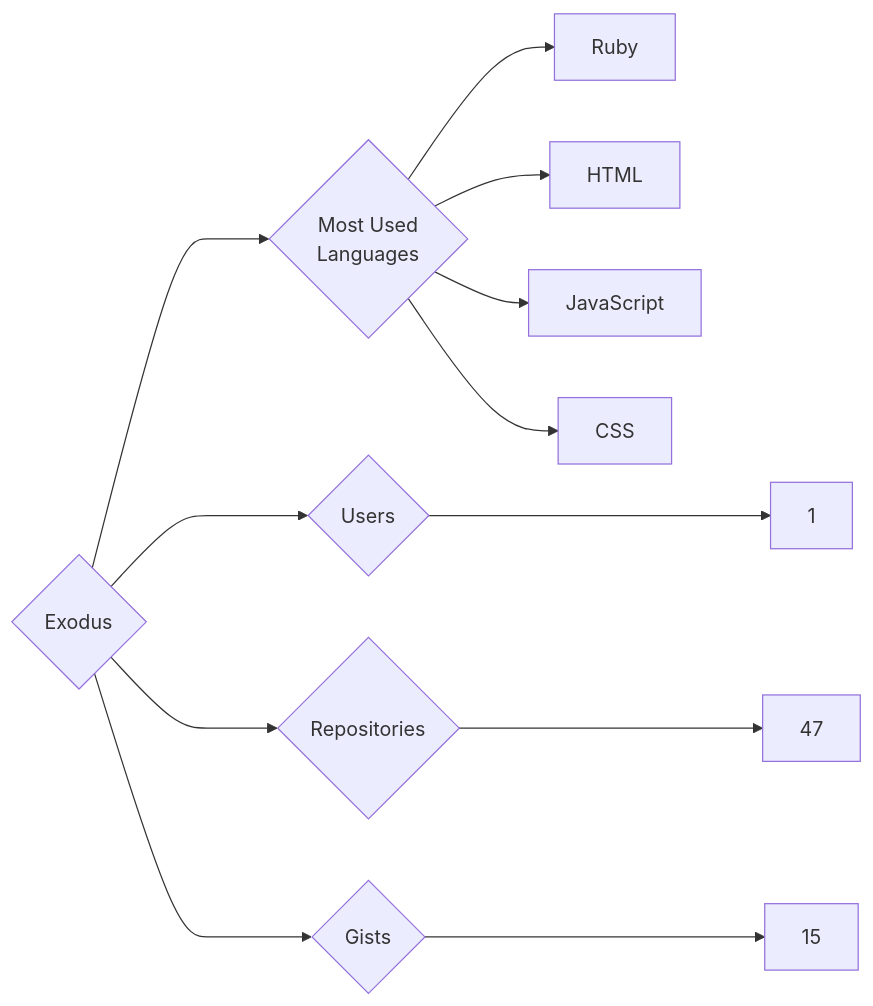
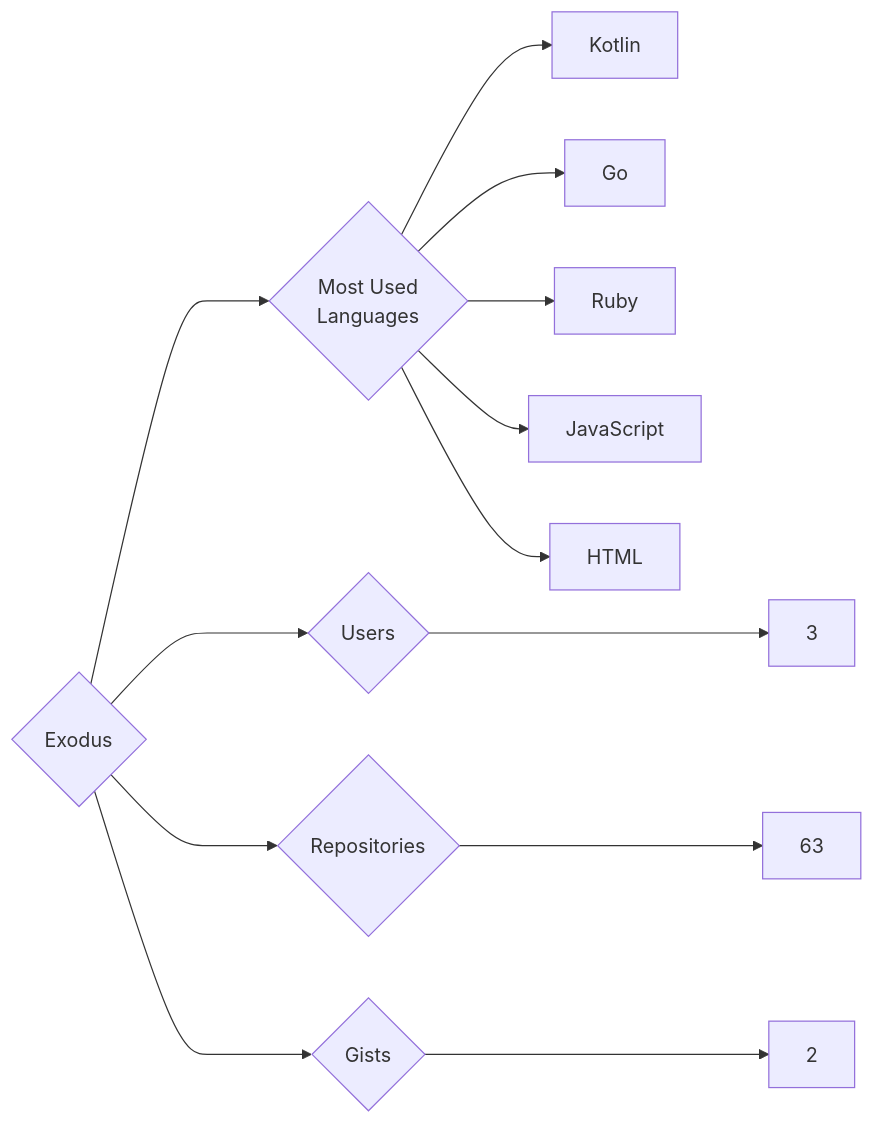
The diagram in targets/Exodus/README.md (trickest/insiders), drawn with Mermaid before and after one commit. The commit also changed 1092 other files, not shown here.

````diff
--- a/targets/Exodus/README.md
+++ b/targets/Exodus/README.md
@@ -3,12 +3,13 @@
 ```mermaid
 graph LR
 COMPANY_NAME{Exodus}
-COMPANY_NAME ---> U{Users} ---> UN[1]
-COMPANY_NAME ---> R{Repositories} ---> RN[47]
-COMPANY_NAME ---> G{Gists} ---> GN[15]
+COMPANY_NAME ---> U{Users} ---> UN[3]
+COMPANY_NAME ---> R{Repositories} ---> RN[63]
+COMPANY_NAME ---> G{Gists} ---> GN[2]
 COMPANY_NAME ---> ML{Most Used<br>Languages}
+ML --> Kotlin[Kotlin]
+ML --> Go[Go]
 ML --> Ruby[Ruby]
+ML --> JavaScript[JavaScript]
 ML --> HTML[HTML]
-ML --> JavaScript[JavaScript]
-ML --> CSS[CSS]
 ```
````
